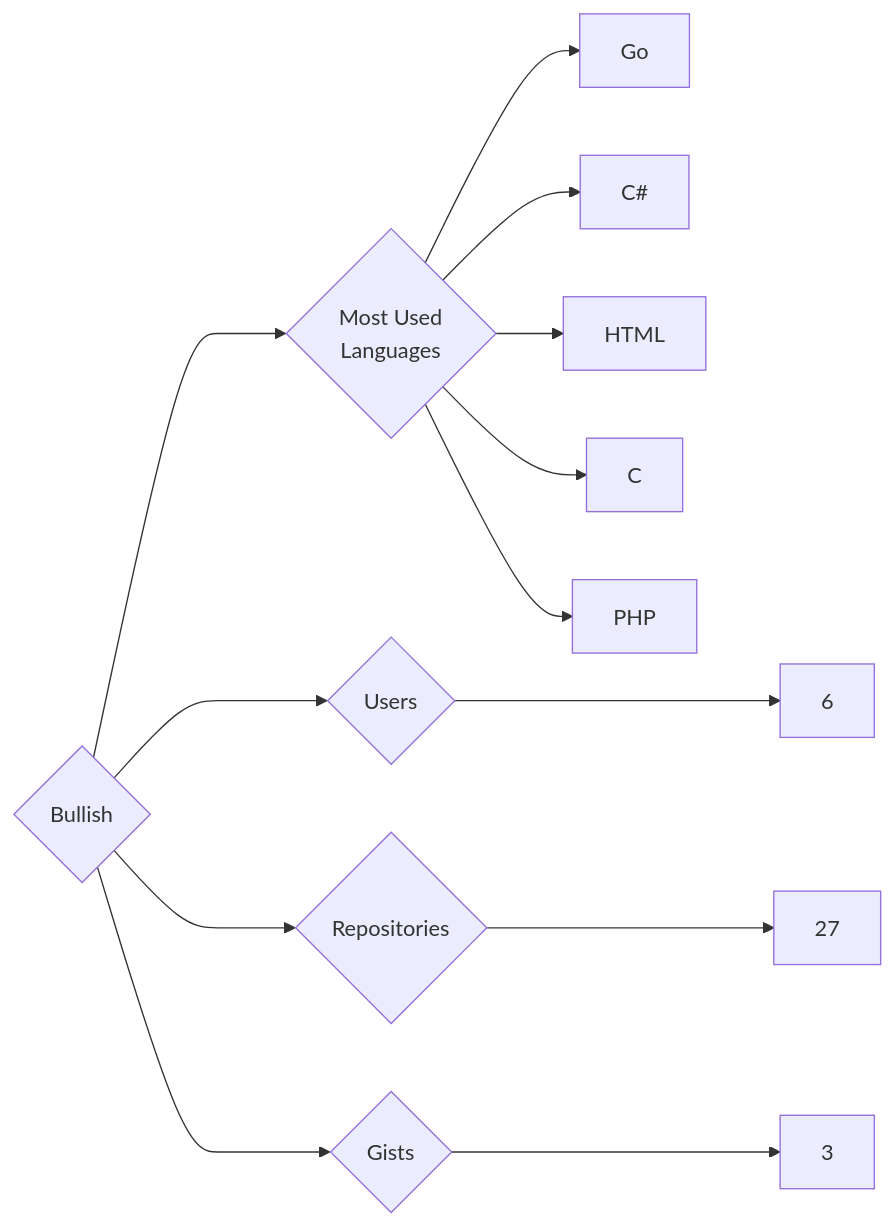
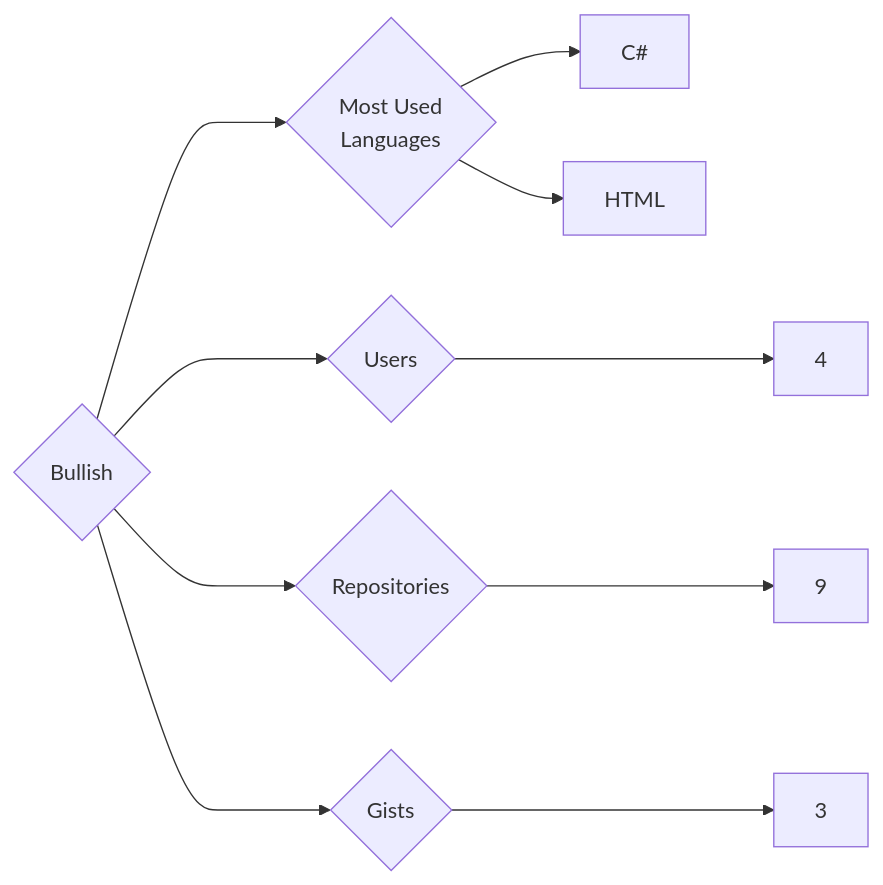
One commit to trickest/insiders changed the diagram in targets/Bullish/README.md. Above: the diagram before and after it, drawn with Mermaid. The commit also changed 777 other files, not shown here.

````diff
--- a/targets/Bullish/README.md
+++ b/targets/Bullish/README.md
@@ -3,13 +3,10 @@
 ```mermaid
 graph LR
 COMPANY_NAME{Bullish}
-COMPANY_NAME ---> U{Users} ---> UN[6]
-COMPANY_NAME ---> R{Repositories} ---> RN[27]
+COMPANY_NAME ---> U{Users} ---> UN[4]
+COMPANY_NAME ---> R{Repositories} ---> RN[9]
 COMPANY_NAME ---> G{Gists} ---> GN[3]
 COMPANY_NAME ---> ML{Most Used<br>Languages}
-ML --> Go[Go]
 ML --> C#[C#]
 ML --> HTML[HTML]
-ML --> C[C]
-ML --> PHP[PHP]
 ```
````
